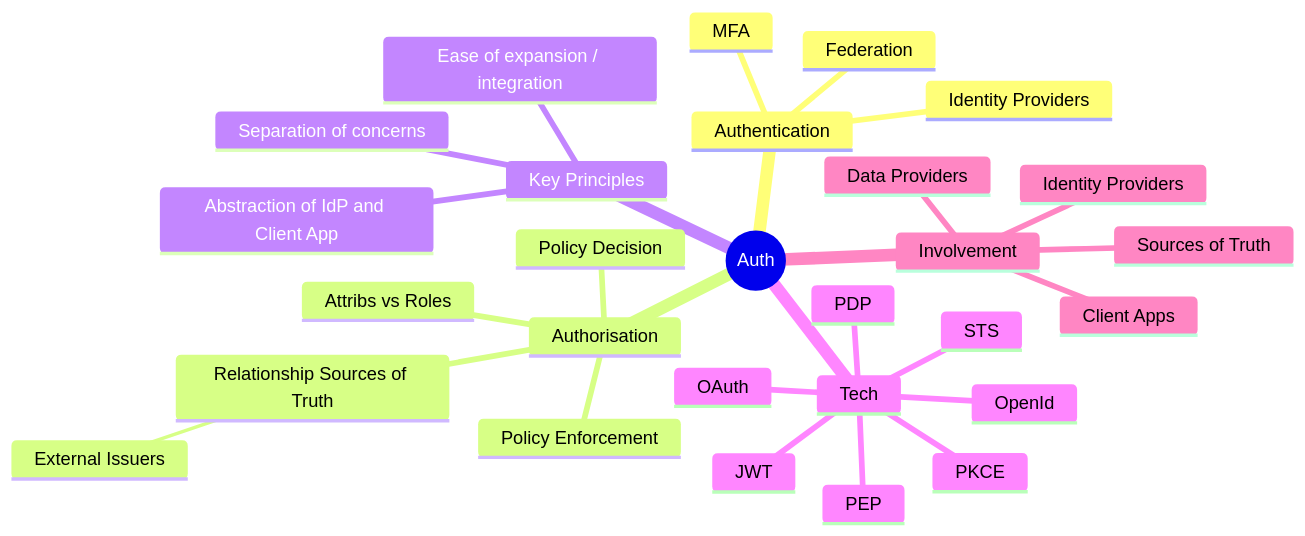
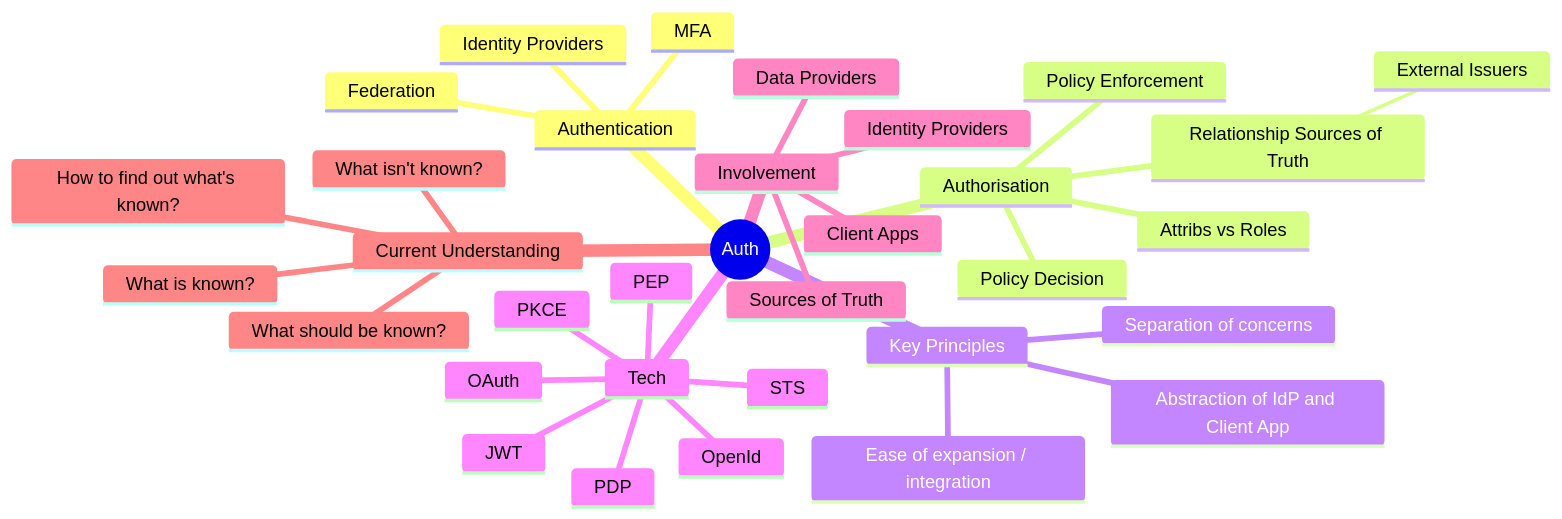
One commit to RossBugginsNHS/architecture-design-docs changed the first of 4 diagrams in docs/auth/auth.md. Above: the diagram before and after it, drawn with Mermaid. The commit also changed other lines of this file, not shown here.

````diff
--- a/docs/auth/auth.md
+++ b/docs/auth/auth.md
@@ -54,33 +55,38 @@
 ```mermaid
 mindmap
   root((Auth))
     Authentication
       Identity Providers
       Federation
       MFA
     Authorisation
       Policy Decision
       Policy Enforcement
       Attribs vs Roles
       Relationship Sources of Truth
         External Issuers
       
     Key Principles
       Separation of concerns
       Ease of expansion / integration
       Abstraction of IdP and Client App
     Tech
       OAuth
       OpenId
       STS 
       PDP
       PEP
       PKCE
       JWT
     Involvement
       Client Apps
       Data Providers
       Identity Providers
       Sources of Truth
+    Current Understanding
+      What is known?
+      What isn't known?
+      What should be known?
+      How to find out what's known?
 
 ```
````
